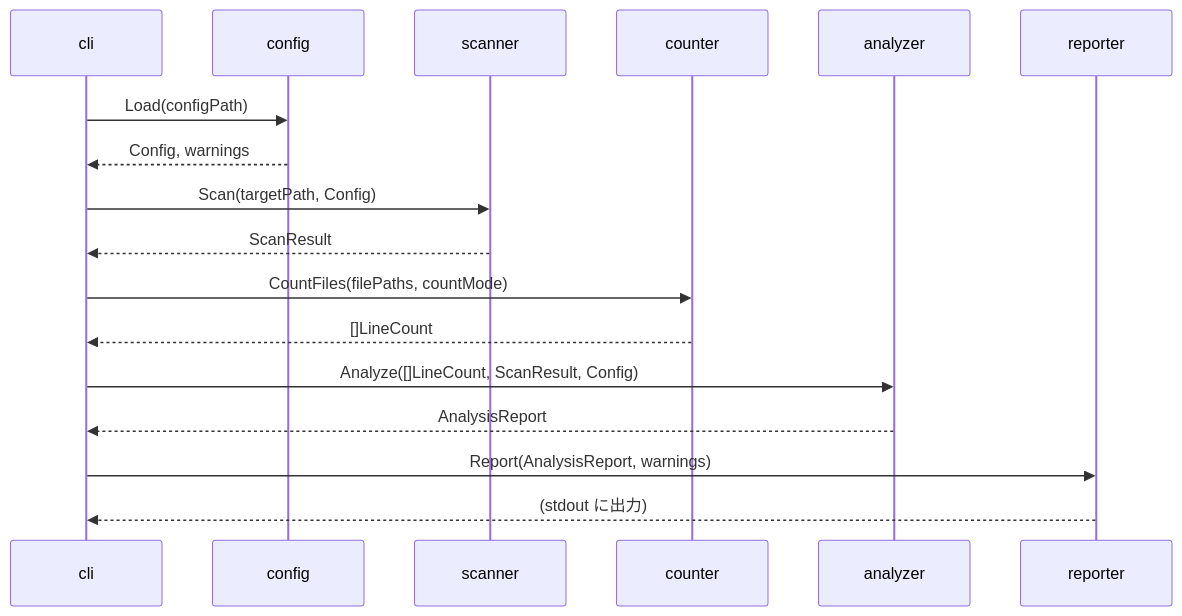
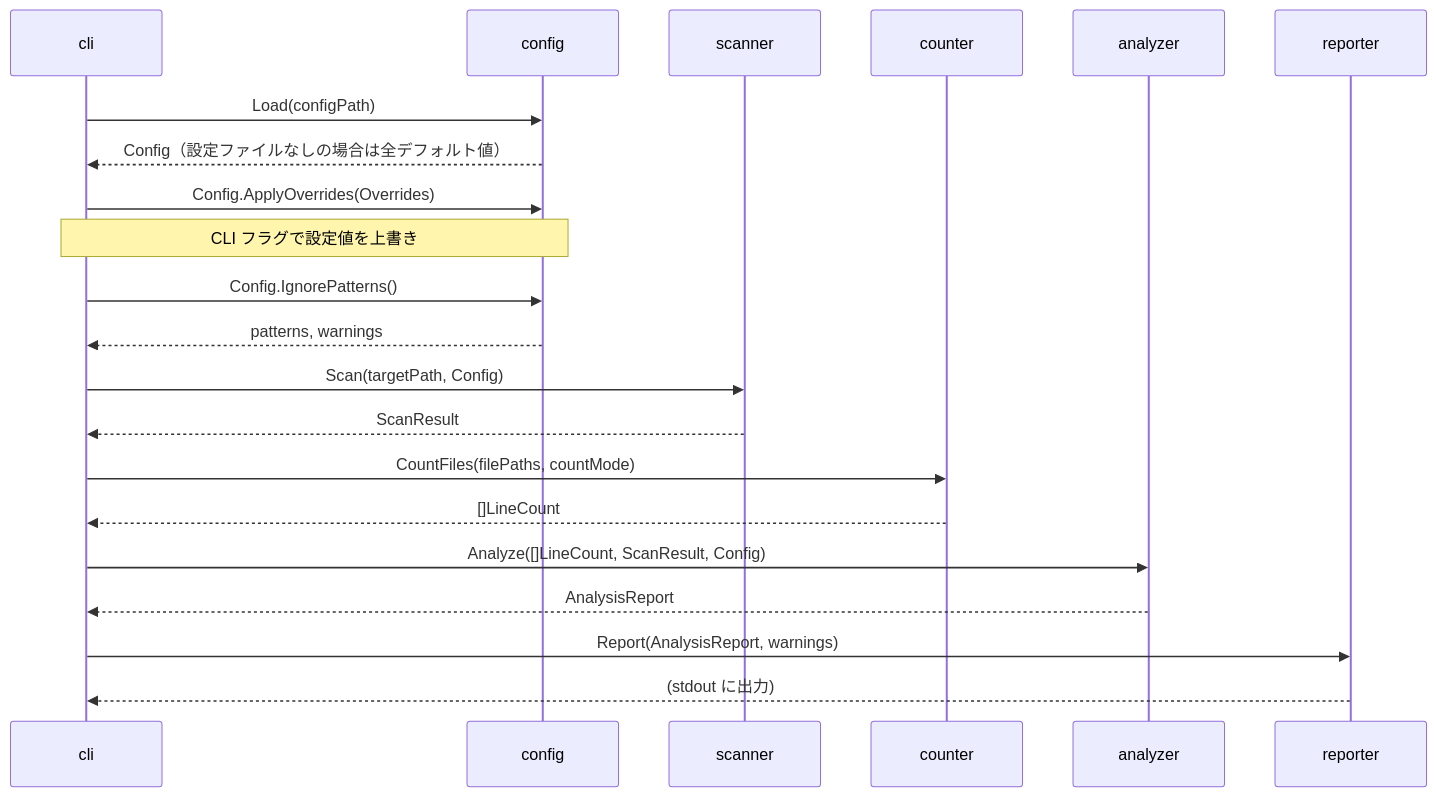
The third of 3 diagrams in docs/components/overview.md (ousiassllc/Linterly), drawn with Mermaid before and after one commit. The commit also changed other lines of this file and 3 other files, not shown here.

````diff
--- a/docs/components/overview.md
+++ b/docs/components/overview.md
@@ -348,20 +382,24 @@
 ```mermaid
 sequenceDiagram
     participant CLI as cli
     participant Cfg as config
     participant Scn as scanner
     participant Cnt as counter
     participant Ana as analyzer
     participant Rpt as reporter
 
     CLI->>Cfg: Load(configPath)
-    Cfg-->>CLI: Config, warnings
+    Cfg-->>CLI: Config（設定ファイルなしの場合は全デフォルト値）
+    CLI->>Cfg: Config.ApplyOverrides(Overrides)
+    Note over CLI,Cfg: CLI フラグで設定値を上書き
+    CLI->>Cfg: Config.IgnorePatterns()
+    Cfg-->>CLI: patterns, warnings
     CLI->>Scn: Scan(targetPath, Config)
     Scn-->>CLI: ScanResult
     CLI->>Cnt: CountFiles(filePaths, countMode)
     Cnt-->>CLI: []LineCount
     CLI->>Ana: Analyze([]LineCount, ScanResult, Config)
     Ana-->>CLI: AnalysisReport
     CLI->>Rpt: Report(AnalysisReport, warnings)
     Rpt-->>CLI: (stdout に出力)
 ```
````
